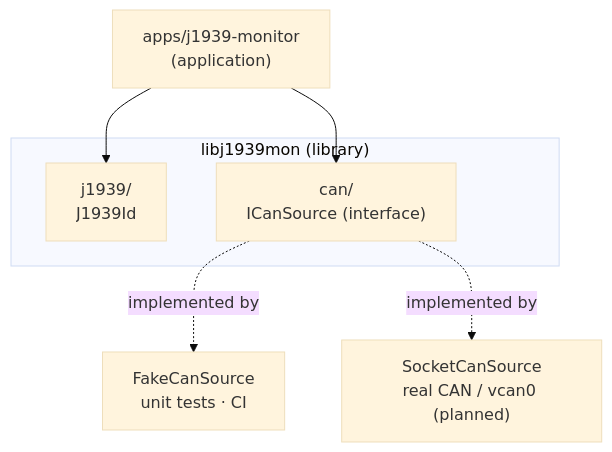
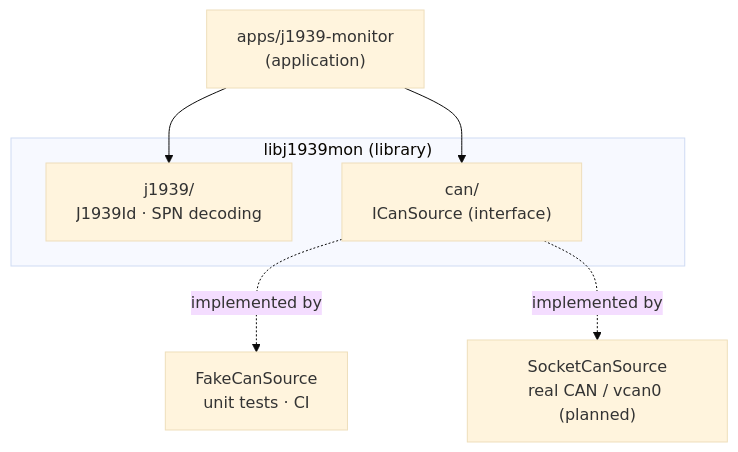
One commit to Amir7698/j1939-monitor changed the diagram in README.md. Above: the diagram before and after it, drawn with Mermaid (base theme). The commit also changed other lines of this file, not shown here.

Commit message:
Update README with PGN and SPN decoding

````diff
--- a/README.md
+++ b/README.md
@@ -36,15 +58,15 @@
 ```mermaid
 flowchart TB
     app["apps/j1939-monitor<br/>(application)"]
     subgraph lib["libj1939mon (library)"]
-        j1939["j1939/<br/>J1939Id"]
+        j1939["j1939/<br/>J1939Id · SPN decoding"]
         can["can/<br/>ICanSource (interface)"]
     end
     fake["FakeCanSource<br/>unit tests · CI"]
     real["SocketCanSource<br/>real CAN / vcan0 (planned)"]
 
     app --> j1939
     app --> can
     can -.implemented by.-> fake
     can -.implemented by.-> real
 ```
````
